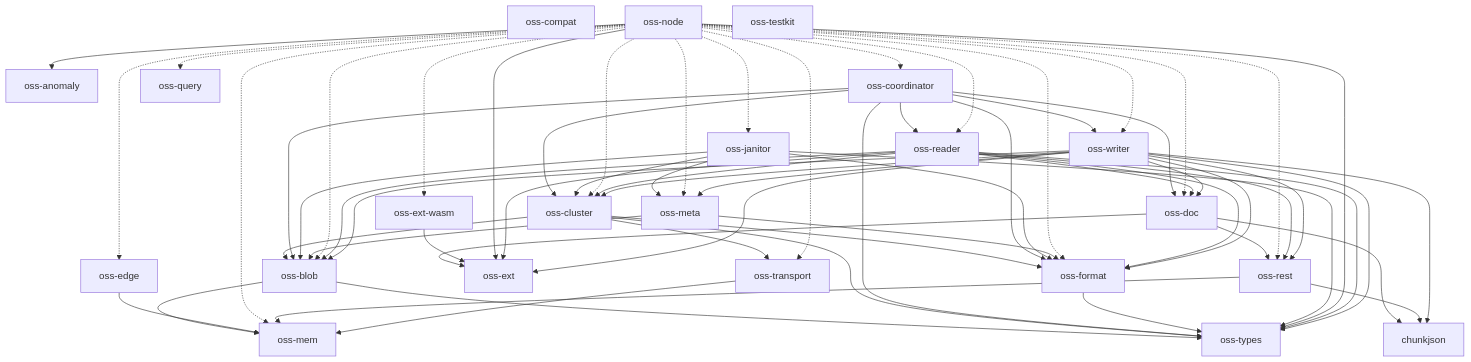
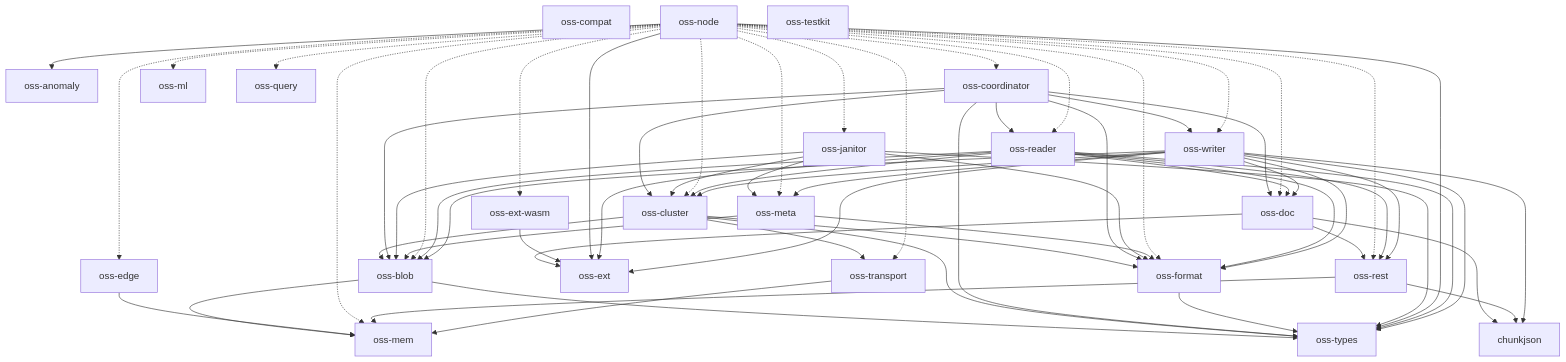
One commit to huyz0/opensearch-serverless changed the diagram in docs/architecture.md. Above: the diagram before and after it, drawn with Mermaid. The commit also changed other lines of this file and 26 other files, not shown here.

````diff
--- a/docs/architecture.md
+++ b/docs/architecture.md
@@ -10,74 +10,76 @@
 ```mermaid
 graph TD
     chunkjson
     oss-anomaly
     oss-blob --> oss-mem
     oss-blob --> oss-types
     oss-cluster --> oss-blob
     oss-cluster --> oss-format
     oss-cluster --> oss-transport
     oss-cluster --> oss-types
     oss-compat
     oss-coordinator --> oss-blob
     oss-coordinator --> oss-cluster
     oss-coordinator --> oss-doc
     oss-coordinator --> oss-format
     oss-coordinator --> oss-reader
     oss-coordinator --> oss-types
     oss-coordinator --> oss-writer
     oss-doc --> chunkjson
     oss-doc --> oss-ext
     oss-doc --> oss-rest
     oss-edge --> oss-mem
     oss-ext
     oss-ext-wasm --> oss-ext
     oss-format --> oss-types
     oss-janitor --> oss-blob
     oss-janitor --> oss-cluster
     oss-janitor --> oss-format
     oss-janitor --> oss-meta
     oss-janitor --> oss-types
     oss-mem
     oss-meta --> oss-blob
     oss-meta --> oss-format
+    oss-ml
     oss-node --> oss-anomaly
     oss-node -.-> oss-blob
     oss-node -.-> oss-cluster
     oss-node -.-> oss-coordinator
     oss-node -.-> oss-doc
     oss-node -.-> oss-edge
     oss-node --> oss-ext
     oss-node -.-> oss-ext-wasm
     oss-node -.-> oss-format
     oss-node -.-> oss-janitor
     oss-node -.-> oss-mem
     oss-node -.-> oss-meta
+    oss-node -.-> oss-ml
     oss-node -.-> oss-query
     oss-node -.-> oss-reader
     oss-node -.-> oss-rest
     oss-node -.-> oss-transport
     oss-node --> oss-types
     oss-node -.-> oss-writer
     oss-query
     oss-reader --> oss-blob
     oss-reader --> oss-cluster
     oss-reader --> oss-doc
     oss-reader --> oss-ext
     oss-reader --> oss-format
     oss-reader --> oss-rest
     oss-reader --> oss-types
     oss-rest --> chunkjson
     oss-rest --> oss-mem
     oss-testkit
     oss-transport --> oss-mem
     oss-types
     oss-writer --> chunkjson
     oss-writer --> oss-blob
     oss-writer --> oss-cluster
     oss-writer --> oss-doc
     oss-writer --> oss-ext
     oss-writer --> oss-format
     oss-writer --> oss-meta
     oss-writer --> oss-rest
     oss-writer --> oss-types
 ```
````
